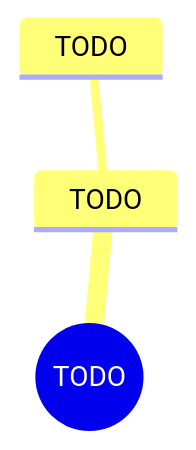
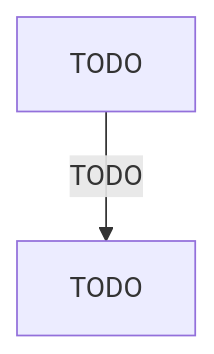
Before and after one commit to missionshrestha/readings: the diagram in context/templates/_TEMPLATE-CHAPTER.mdx, drawn with Mermaid. The commit also changed other lines of this file and 121 other files, not shown here.

````diff
--- a/context/templates/_TEMPLATE-CHAPTER.mdx
+++ b/context/templates/_TEMPLATE-CHAPTER.mdx
@@ -136,6 +177,4 @@
 ```mermaid
-mindmap
-  root((TODO))
-    TODO
-      TODO
+flowchart TD
+  A[TODO] -->|TODO| B[TODO]
 ```
````
